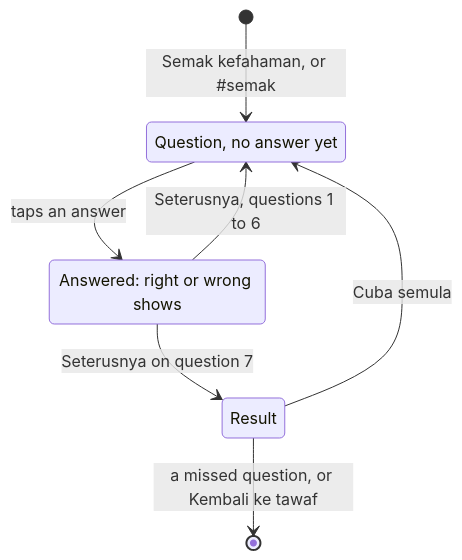
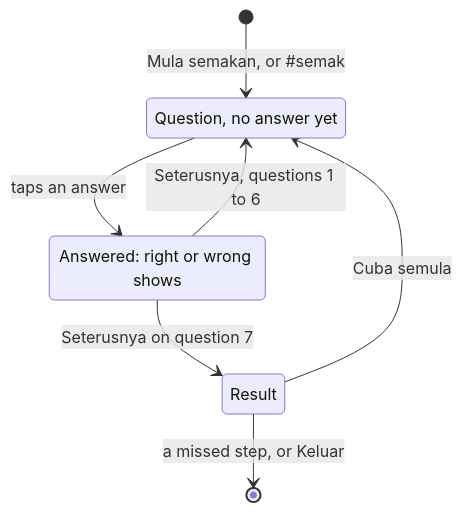
Before and after one commit to dzaffren/isfar: the second of 3 diagrams in docs/specs/tawaf-check.md, drawn with Mermaid. The commit also changed other lines of this file and 1 other file, not shown here.

Commit message:
docs(spec): design the tawaf-check screens and record D56 to D61

````diff
--- a/docs/specs/tawaf-check.md
+++ b/docs/specs/tawaf-check.md
@@ -49,12 +49,12 @@
 ```mermaid
 stateDiagram-v2
     state "Question, no answer yet" as Ask
     state "Answered: right or wrong shows" as Told
     state "Result" as Result
-    [*] --> Ask: Semak kefahaman, or #semak
+    [*] --> Ask: Mula semakan, or #semak
     Ask --> Told: taps an answer
     Told --> Ask: Seterusnya, questions 1 to 6
     Told --> Result: Seterusnya on question 7
     Result --> Ask: Cuba semula
-    Result --> [*]: a missed question, or Kembali ke tawaf
+    Result --> [*]: a missed step, or Keluar
 ```
````
